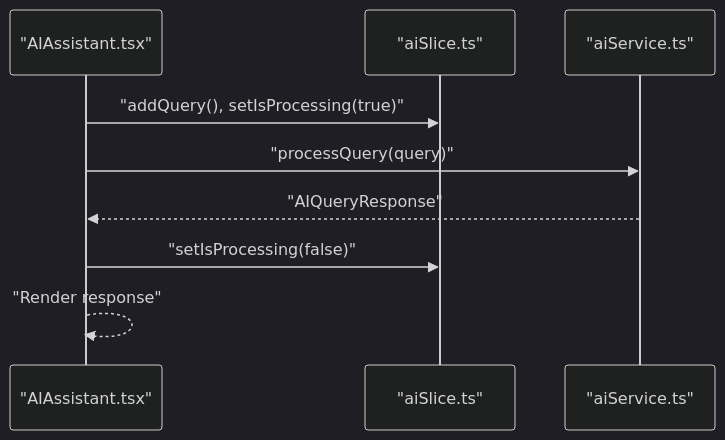
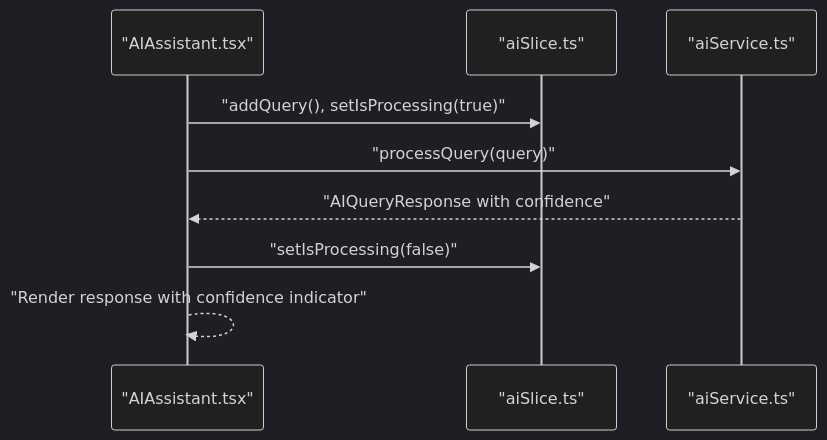
One commit to cacamarica/dashboard-ai changed the seventh of 9 diagrams in .qoder/repowiki/en/content/Services Layer/Services Layer.md. Above: the diagram before and after it, drawn with Mermaid (dark theme). The commit also changed other lines of this file and 5 other files, not shown here.

````diff
--- a/.qoder/repowiki/en/content/Services Layer/Services Layer.md
+++ b/.qoder/repowiki/en/content/Services Layer/Services Layer.md
@@ -332,11 +356,11 @@
 ```mermaid
 sequenceDiagram
 participant Comp as "AIAssistant.tsx"
 participant Store as "aiSlice.ts"
 participant AIS as "aiService.ts"
 Comp->>Store : "addQuery(), setIsProcessing(true)"
 Comp->>AIS : "processQuery(query)"
-AIS-->>Comp : "AIQueryResponse"
+AIS-->>Comp : "AIQueryResponse with confidence"
 Comp->>Store : "setIsProcessing(false)"
-Comp-->>Comp : "Render response"
+Comp-->>Comp : "Render response with confidence indicator"
 ```
````
